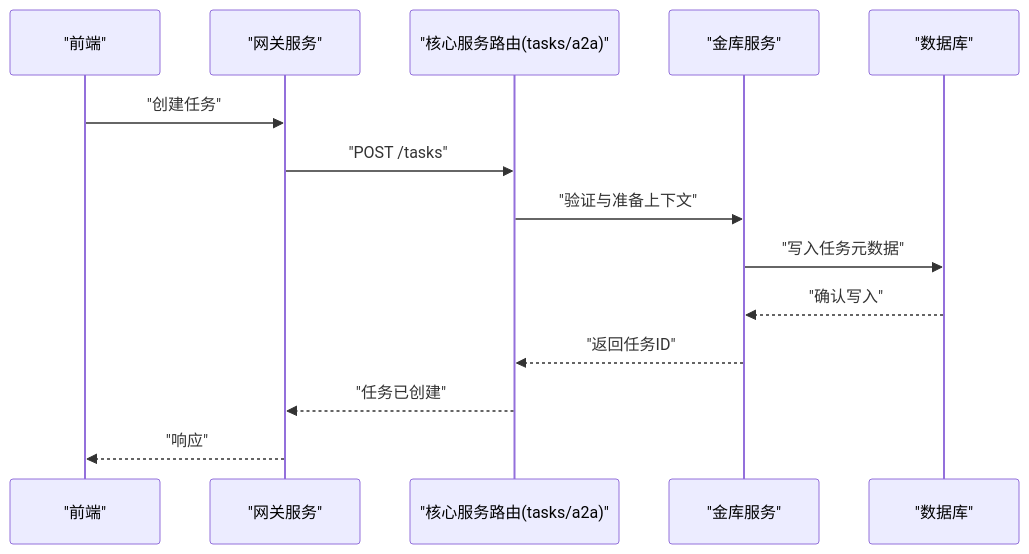
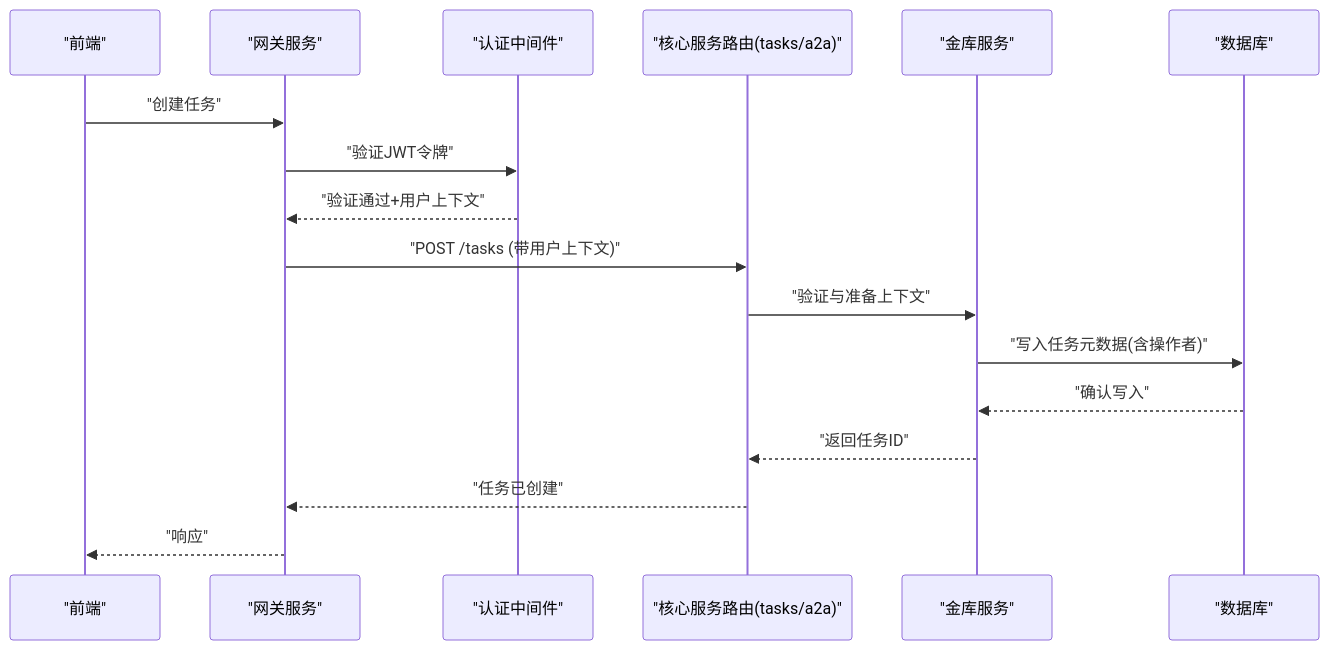
One commit to Maki3991/study-PactLedger changed the seventh of 10 diagrams in .qoder/repowiki/zh/content/核心组件/双服务器架构.md. Above: the diagram before and after it, drawn with Mermaid. The commit also changed other lines of this file and 15 other files, not shown here.

````diff
--- a/.qoder/repowiki/zh/content/核心组件/双服务器架构.md
+++ b/.qoder/repowiki/zh/content/核心组件/双服务器架构.md
@@ -320,16 +386,19 @@
 ```mermaid
 sequenceDiagram
 participant FE as "前端"
 participant GW as "网关服务"
+participant AUTH as "认证中间件"
 participant RT as "核心服务路由(tasks/a2a)"
 participant SVC as "金库服务"
 participant DB as "数据库"
 FE->>GW : "创建任务"
-GW->>RT : "POST /tasks"
+GW->>AUTH : "验证JWT令牌"
+AUTH-->>GW : "验证通过+用户上下文"
+GW->>RT : "POST /tasks (带用户上下文)"
 RT->>SVC : "验证与准备上下文"
-SVC->>DB : "写入任务元数据"
+SVC->>DB : "写入任务元数据(含操作者)"
 DB-->>SVC : "确认写入"
 SVC-->>RT : "返回任务ID"
 RT-->>GW : "任务已创建"
 GW-->>FE : "响应"
 ```
````
